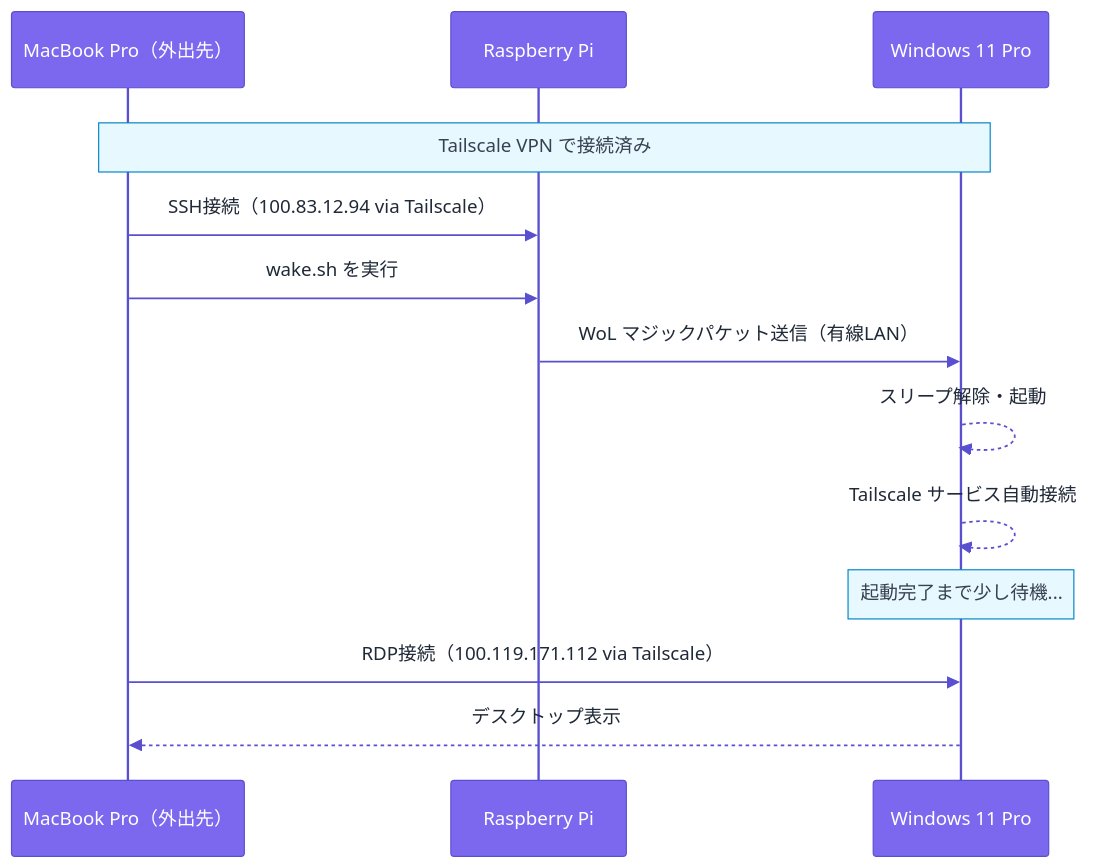
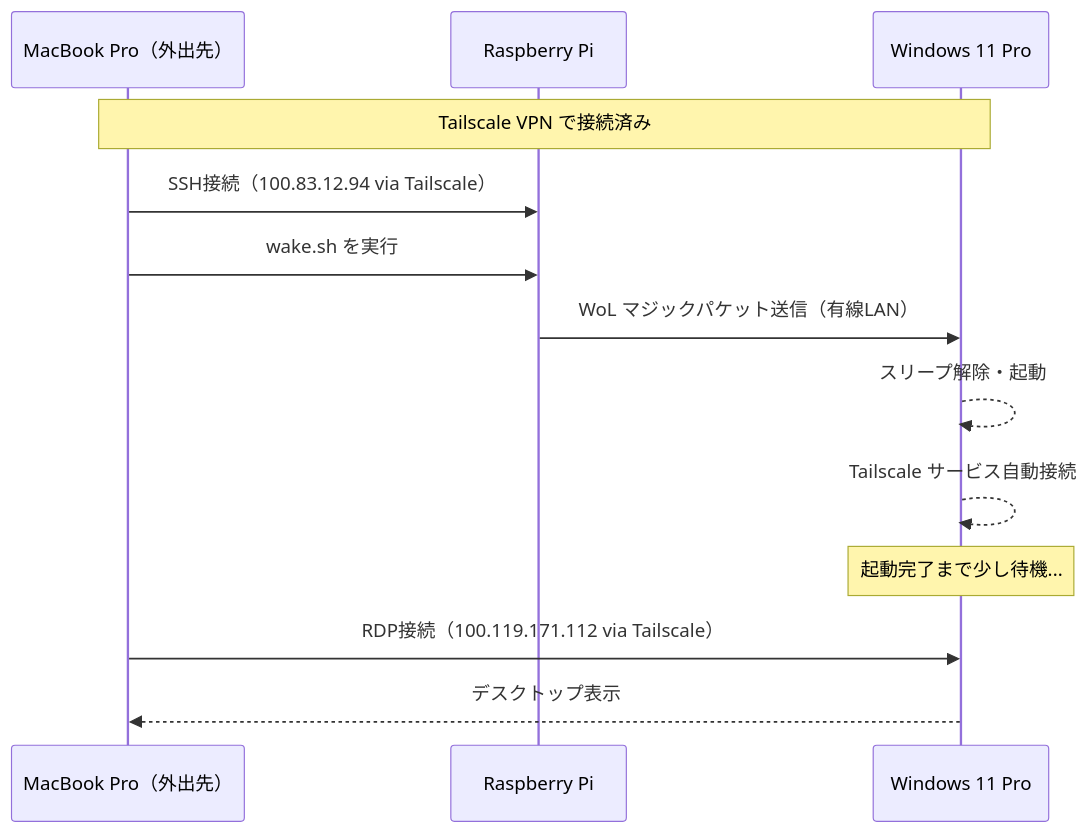
Before and after one commit to 0ceanMoo/qiita: the fourth of 4 diagrams in public/tailscale-wol-rdp.md, drawn with Mermaid. The commit also changed other lines of this file, not shown here.

Commit message:
fix mermaid sequence diagram readability

````diff
--- a/public/tailscale-wol-rdp.md
+++ b/public/tailscale-wol-rdp.md
@@ -120,18 +118,16 @@
 ```mermaid
-%%{init: {'theme': 'base', 'themeCSS': 'svg { background: #ffffff !important; } .messageText, .loopText, .noteText, .labelText { fill: #1f2937 !important; color: #1f2937 !important; }', 'themeVariables': {'background': '#ffffff', 'mainBkg': '#ffffff', 'primaryTextColor': '#1f2937', 'textColor': '#1f2937', 'actorBkg': '#7B68EE', 'actorTextColor': '#ffffff', 'actorBorder': '#5A4FCF', 'activationBkgColor': '#EDE9FE', 'activationBorderColor': '#5A4FCF', 'sequenceNumberColor': '#1f2937', 'lineColor': '#5A4FCF', 'signalColor': '#5A4FCF', 'signalTextColor': '#1f2937', 'labelBoxBkgColor': '#ffffff', 'labelBoxBorderColor': '#CBD5E1', 'labelTextColor': '#1f2937', 'loopTextColor': '#1f2937', 'noteBkgColor': '#E8F8FF', 'noteTextColor': '#374151', 'noteBorderColor': '#0284C7'}}}%%
+%%{init: {'theme': 'base', 'themeCSS': '.mermaid, .mermaid svg, svg, svg[role="graphics-document"] { background: #ffffff !important; } .messageText, .loopText, .noteText, .labelText, .actor > text { fill: #1f2937 !important; color: #1f2937 !important; }', 'themeVariables': {'background': '#ffffff', 'mainBkg': '#ffffff', 'primaryTextColor': '#1f2937', 'textColor': '#1f2937', 'actorBkg': '#7B68EE', 'actorTextColor': '#ffffff', 'actorBorder': '#5A4FCF', 'activationBkgColor': '#EDE9FE', 'activationBorderColor': '#5A4FCF', 'sequenceNumberColor': '#1f2937', 'lineColor': '#5A4FCF', 'signalColor': '#5A4FCF', 'signalTextColor': '#1f2937', 'labelBoxBkgColor': '#ffffff', 'labelBoxBorderColor': '#CBD5E1', 'labelTextColor': '#1f2937', 'loopTextColor': '#1f2937', 'noteBkgColor': '#E8F8FF', 'noteTextColor': '#374151', 'noteBorderColor': '#0284C7'}}}%%
 sequenceDiagram
     participant Mac as MacBook Pro（外出先）
     participant Pi as Raspberry Pi
     participant Win as Windows 11 Pro
-    rect rgb(255, 255, 255)
-        Note over Mac,Win: Tailscale VPN で接続済み
-        Mac->>Pi: SSH接続（100.83.12.94 via Tailscale）
-        Mac->>Pi: wake.sh を実行
-        Pi->>Win: WoL マジックパケット送信（有線LAN）
-        Win-->>Win: スリープ解除・起動
-        Win-->>Win: Tailscale サービス自動接続
-        Note over Win: 起動完了まで少し待機...
-        Mac->>Win: RDP接続（100.119.171.112 via Tailscale）
-        Win-->>Mac: デスクトップ表示
-    end
+    Note over Mac,Win: Tailscale VPN で接続済み
+    Mac->>Pi: SSH接続（100.83.12.94 via Tailscale）
+    Mac->>Pi: wake.sh を実行
+    Pi->>Win: WoL マジックパケット送信（有線LAN）
+    Win-->>Win: スリープ解除・起動
+    Win-->>Win: Tailscale サービス自動接続
+    Note over Win: 起動完了まで少し待機...
+    Mac->>Win: RDP接続（100.119.171.112 via Tailscale）
+    Win-->>Mac: デスクトップ表示
 ```
````
